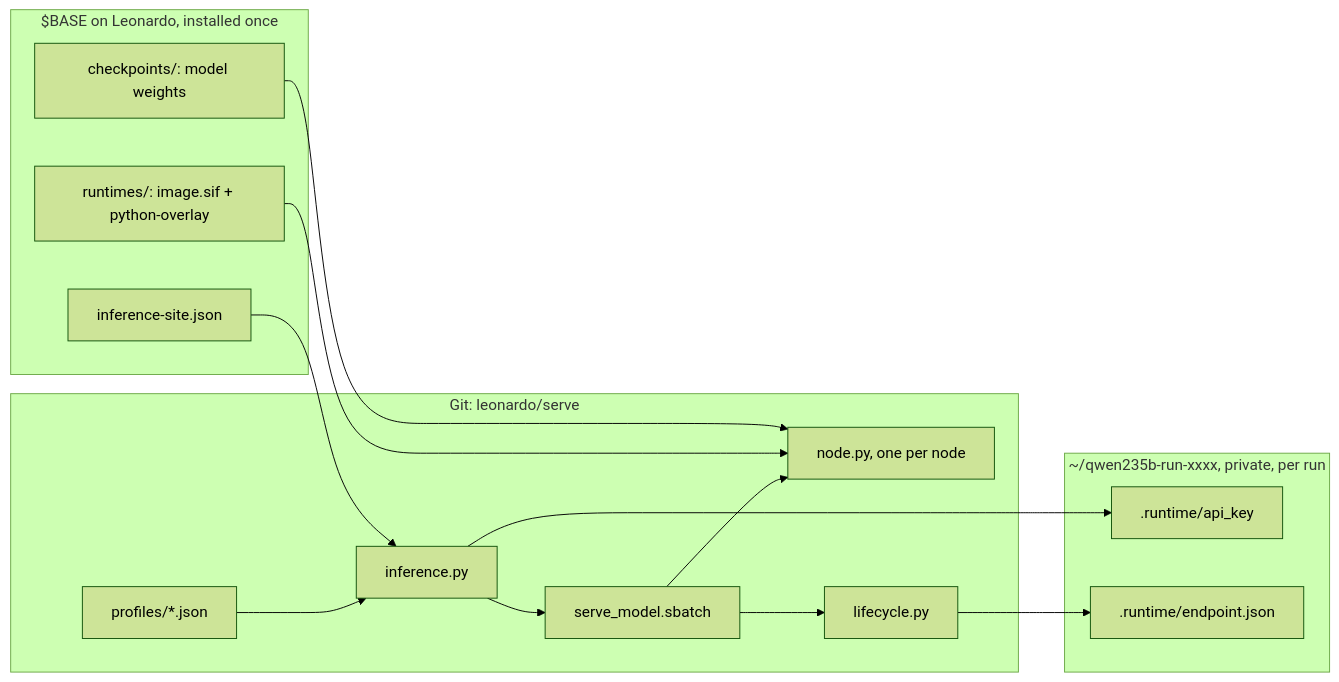
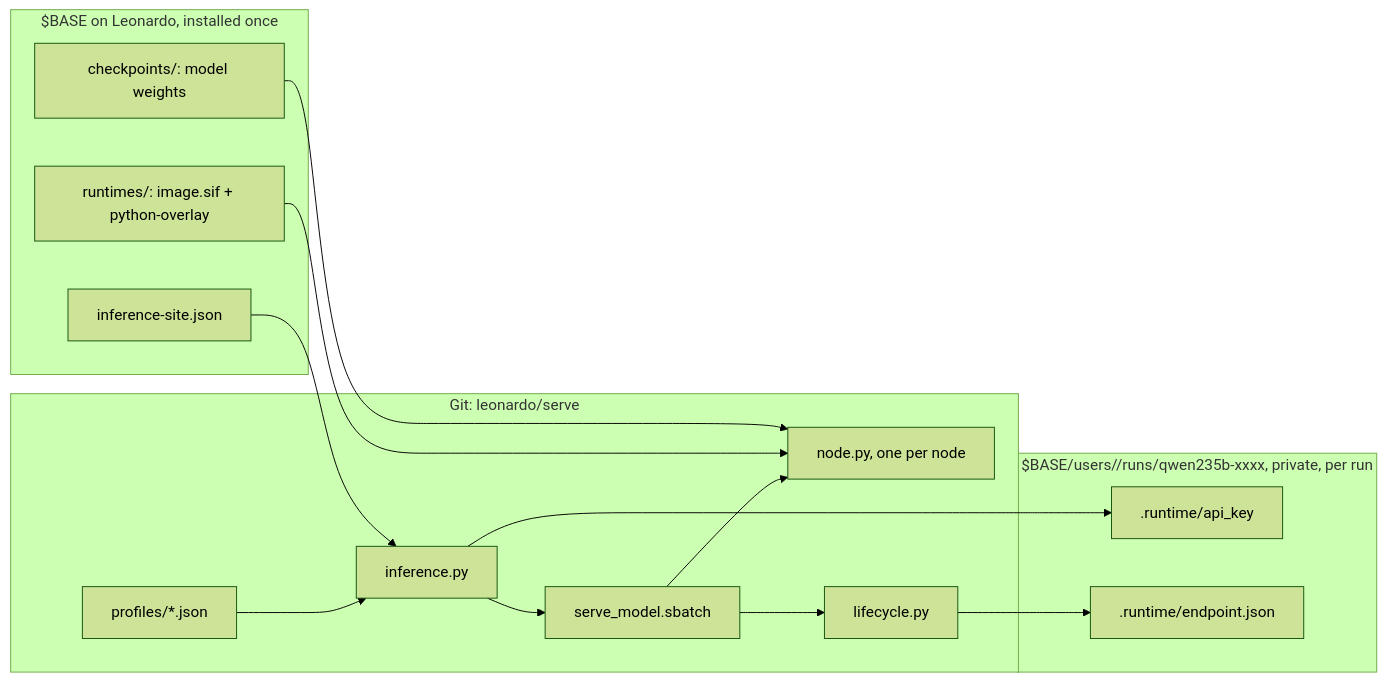
The diagram in leonardo/docs/how-it-works.md (0KayKay/european-ai-hackathon-2026), drawn with Mermaid (forest theme) before and after one commit. The commit also changed other lines of this file and 30 other files, not shown here.

````diff
--- a/leonardo/docs/how-it-works.md
+++ b/leonardo/docs/how-it-works.md
@@ -9,23 +9,23 @@
 ```mermaid
 flowchart LR
   subgraph Git["Git: leonardo/serve"]
     P[profiles/*.json] --> I[inference.py]
     I --> S[serve_model.sbatch]
     S --> N[node.py, one per node]
     S --> L[lifecycle.py]
   end
   subgraph Base["$BASE on Leonardo, installed once"]
     R[runtimes/: image.sif + python-overlay]
     W[checkpoints/: model weights]
     C[inference-site.json]
   end
-  subgraph Run["~/qwen235b-run-xxxx, private, per run"]
+  subgraph Run["$BASE/users/<login>/runs/qwen235b-xxxx, private, per run"]
     K[.runtime/api_key]
     E[.runtime/endpoint.json]
   end
   C --> I
   R --> N
   W --> N
   I --> K
   L --> E
 ```
````
